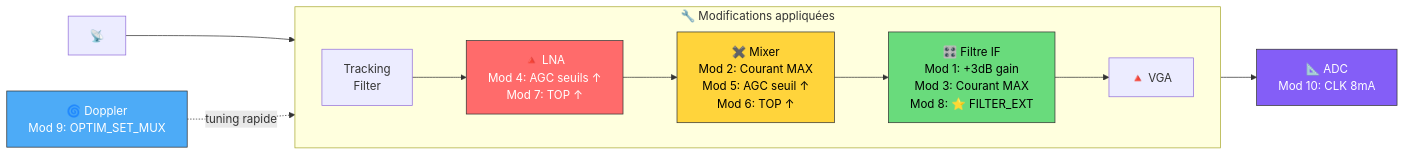
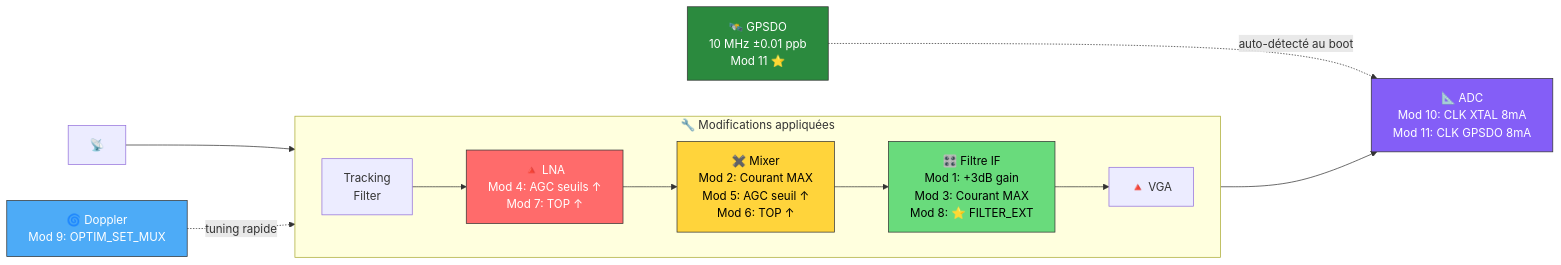
The fourth of 19 diagrams in OPTIMIZATION-LEO-SAT-F4TNK.md (f4tnk/airspyone_firmware), drawn with Mermaid before and after one commit. The commit also changed other lines of this file and 1 other file, not shown here.

Commit message:
🛰️ GPSDO Mod11: CLK7 8mA in CLKIN mode + GPSDO documentation section

````diff
--- a/OPTIMIZATION-LEO-SAT-F4TNK.md
+++ b/OPTIMIZATION-LEO-SAT-F4TNK.md
@@ -195,23 +197,27 @@
 ```mermaid
 flowchart LR
     ANT["📡"] --> TF["Tracking<br/>Filter"]
 
     subgraph "🔧 Modifications appliquées"
         direction LR
         TF --> LNA["🔺 LNA<br/>Mod 4: AGC seuils ↑<br/>Mod 7: TOP ↑"]
         LNA --> MIX["✖️ Mixer<br/>Mod 2: Courant MAX<br/>Mod 5: AGC seuil ↑<br/>Mod 6: TOP ↑"]
         MIX --> FILT["🎛️ Filtre IF<br/>Mod 1: +3dB gain<br/>Mod 3: Courant MAX<br/>Mod 8: ⭐ FILTER_EXT"]
         FILT --> VGA["🔺 VGA"]
     end
 
-    VGA --> ADC["📐 ADC<br/>Mod 10: CLK 8mA"]
+    VGA --> ADC["📐 ADC<br/>Mod 10: CLK XTAL 8mA<br/>Mod 11: CLK GPSDO 8mA"]
 
     DOPPLER["🌀 Doppler<br/>Mod 9: OPTIM_SET_MUX"]
     DOPPLER -.->|"tuning rapide"| MIX
+
+    GPSDO["🛰️ GPSDO<br/>10 MHz ±0.01 ppb<br/>Mod 11 ⭐"]
+    GPSDO -.->|"auto-détecté au boot"| ADC
 
     style LNA fill:#ff6b6b,stroke:#333,color:#fff
     style MIX fill:#ffd43b,stroke:#333,color:#000
     style FILT fill:#69db7c,stroke:#333,color:#000
     style ADC fill:#845ef7,stroke:#333,color:#fff
     style DOPPLER fill:#4dabf7,stroke:#333,color:#fff
+    style GPSDO fill:#2b8a3e,stroke:#333,color:#fff
 ```
````
